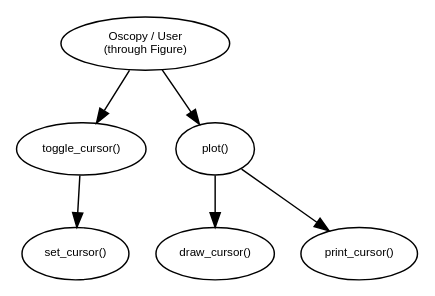
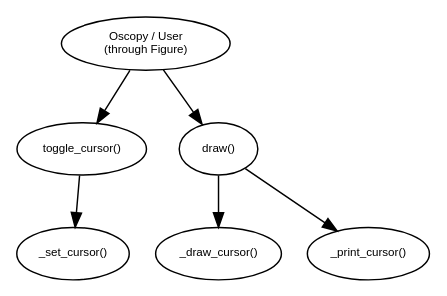
One commit to agardelein/oscopy changed the diagram in doc/oscopy-api/dot/cursorinter.dot. Above: the diagram before and after it, drawn with Graphviz. The commit also changed 2 other files, not shown here.

```diff
--- a/doc/oscopy-api/dot/cursorinter.dot
+++ b/doc/oscopy-api/dot/cursorinter.dot
@@ -1,15 +1,15 @@
 digraph cursorinter {
 	node [fontname="Helvetica",fontsize=8] ;
 	rankdir=TB;
 	User [label="Oscopy / User\n(through Figure)"];
 	togglecurs [label="toggle_cursor()"];
-	plot [label="plot()"];
-	setcurs [label="set_cursor()"] ;
-	drawcurs [label="draw_cursor()"] ;
-	printcurs [label="print_cursor()"] ;
+	plot [label="draw()"];
+	setcurs [label="_set_cursor()"] ;
+	drawcurs [label="_draw_cursor()"] ;
+	printcurs [label="_print_cursor()"] ;
 	User -> togglecurs ;
 	User -> plot ;
 	togglecurs -> setcurs ;
 	plot -> drawcurs ;
 	plot -> printcurs ;
 }
```
